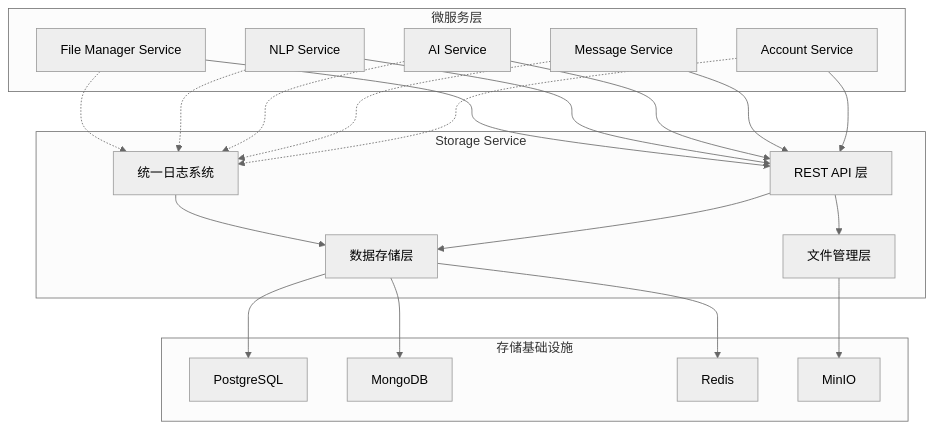
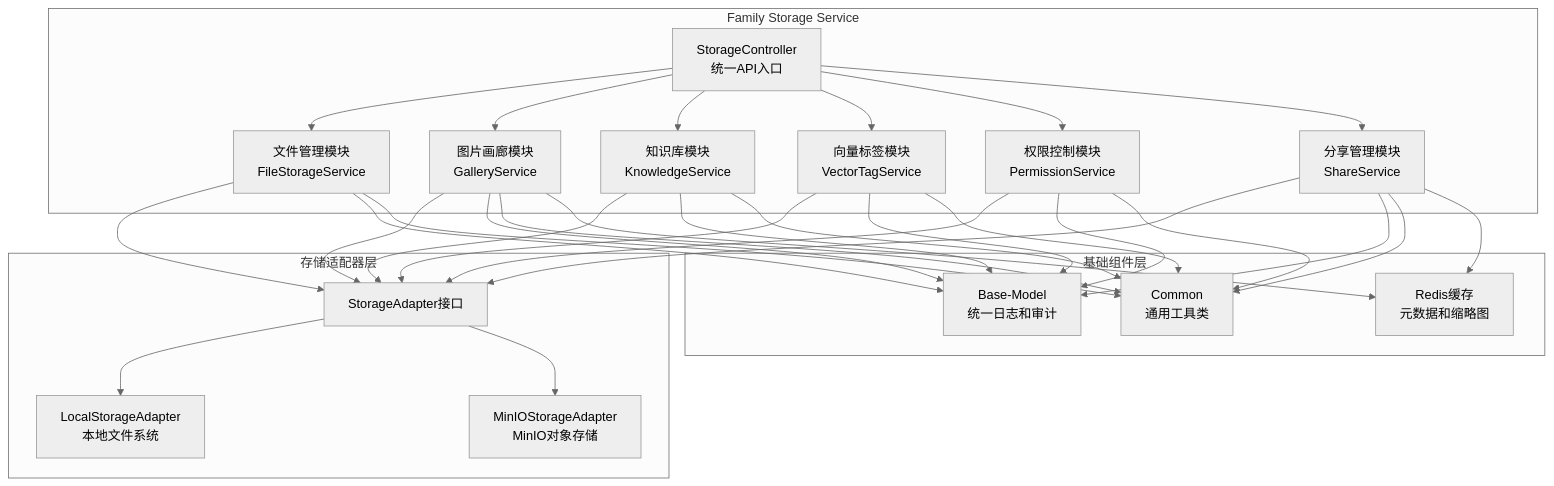
Before and after one commit to LHGrayHUIHUI/HavenButlers: the first of 3 diagrams in services/storage-service/README.md, drawn with Mermaid (neutral theme). The commit also changed other lines of this file and 38 other files, not shown here.

````diff
--- a/services/storage-service/README.md
+++ b/services/storage-service/README.md
@@ -18,45 +21,58 @@
 ```mermaid
 graph TB
-    subgraph "微服务层"
-        A[Account Service]
-        B[Message Service]
-        C[AI Service]
-        D[NLP Service]
-        E[File Manager Service]
+    subgraph "Family Storage Service"
+        A[StorageController<br/>统一API入口]
+        B[文件管理模块<br/>FileStorageService]
+        C[图片画廊模块<br/>GalleryService]
+        D[知识库模块<br/>KnowledgeService]
+        E[向量标签模块<br/>VectorTagService]
+        F[权限控制模块<br/>PermissionService]
+        G[分享管理模块<br/>ShareService]
     end
 
-    subgraph "Storage Service"
-        F[REST API 层]
-        G[统一日志系统]
-        H[数据存储层]
-        I[文件管理层]
+    subgraph "存储适配器层"
+        H[StorageAdapter接口]
+        I[LocalStorageAdapter<br/>本地文件系统]
+        J[MinIOStorageAdapter<br/>MinIO对象存储]
     end
 
-    subgraph "存储基础设施"
-        J[PostgreSQL]
-        K[MongoDB]
-        L[Redis]
-        M[MinIO]
+    subgraph "基础组件层"
+        K[Base-Model<br/>统一日志和审计]
+        L[Common<br/>通用工具类]
+        M[Redis缓存<br/>元数据和缩略图]
     end
 
+    A --> B
+    A --> C
+    A --> D
+    A --> E
     A --> F
-    B --> F
-    C --> F
-    D --> F
-    E --> F
+    A --> G
 
-    A -.-> G
-    B -.-> G
-    C -.-> G
-    D -.-> G
-    E -.-> G
-
+    B --> H
+    C --> H
+    D --> H
+    E --> H
     F --> H
     G --> H
-    F --> I
 
+    H --> I
     H --> J
-    H --> K
-    H --> L
-    I --> M
+
+    B --> K
+    C --> K
+    D --> K
+    E --> K
+    F --> K
+    G --> K
+
+    B --> L
+    C --> L
+    D --> L
+    E --> L
+    F --> L
+    G --> L
+
+    C --> M
+    G --> M
 ```
````
